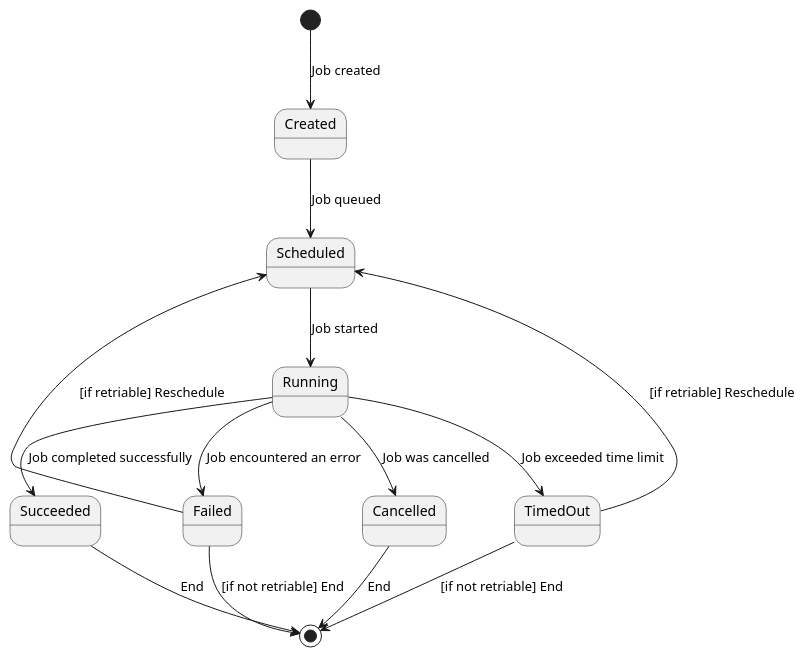
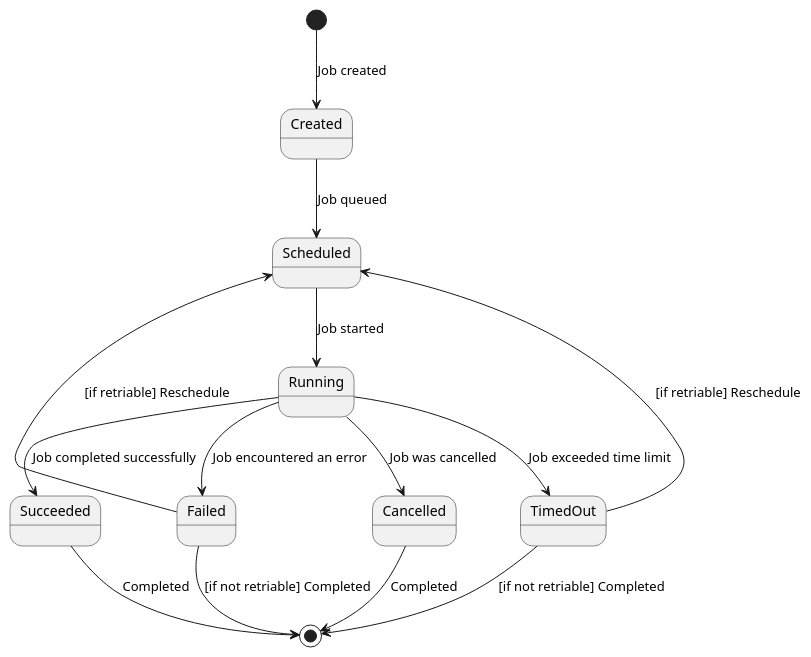
One commit to cybergarage/go-job changed the diagram in doc/img/job_state.pu. Above: the diagram before and after it, drawn with PlantUML.

Commit message:
Update images

```diff
--- a/doc/img/job_state.pu
+++ b/doc/img/job_state.pu
@@ -1,19 +1,19 @@
 @startuml
 [*] --> Created : Job created
 
 Created --> Scheduled : Job queued
 Scheduled --> Running : Job started
 Running --> Succeeded : Job completed successfully
 Running --> Failed : Job encountered an error
 Running --> Cancelled : Job was cancelled
 Running --> TimedOut : Job exceeded time limit
 
 Failed --> Scheduled : [if retriable] Reschedule
-Failed --> [*] : [if not retriable] End
+Failed --> [*] : [if not retriable] Completed
 
-Cancelled --> [*] : End
-Succeeded --> [*] : End
+Cancelled --> [*] : Completed
+Succeeded --> [*] : Completed
 TimedOut --> Scheduled : [if retriable] Reschedule
-TimedOut --> [*] : [if not retriable] End
+TimedOut --> [*] : [if not retriable] Completed
 
 @enduml
```
